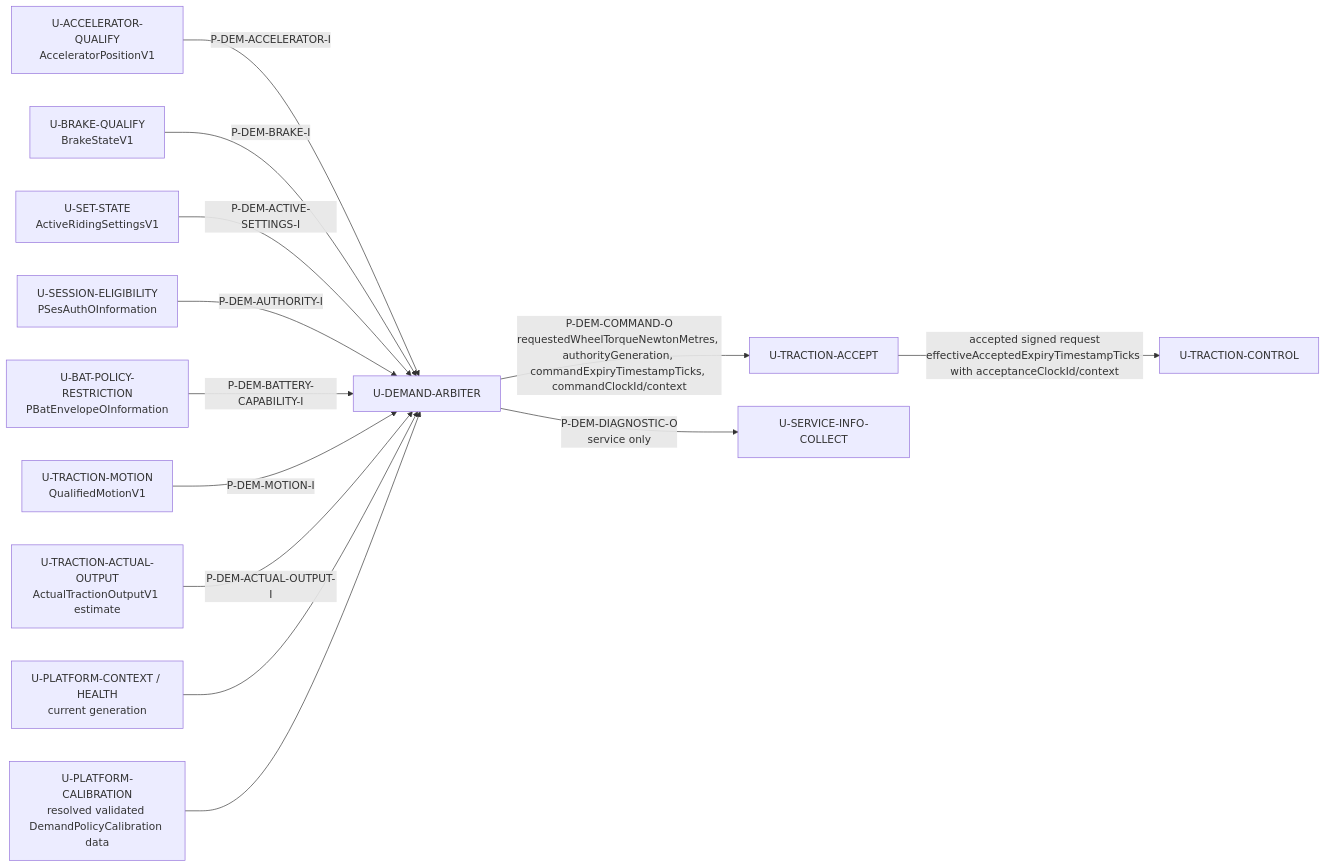
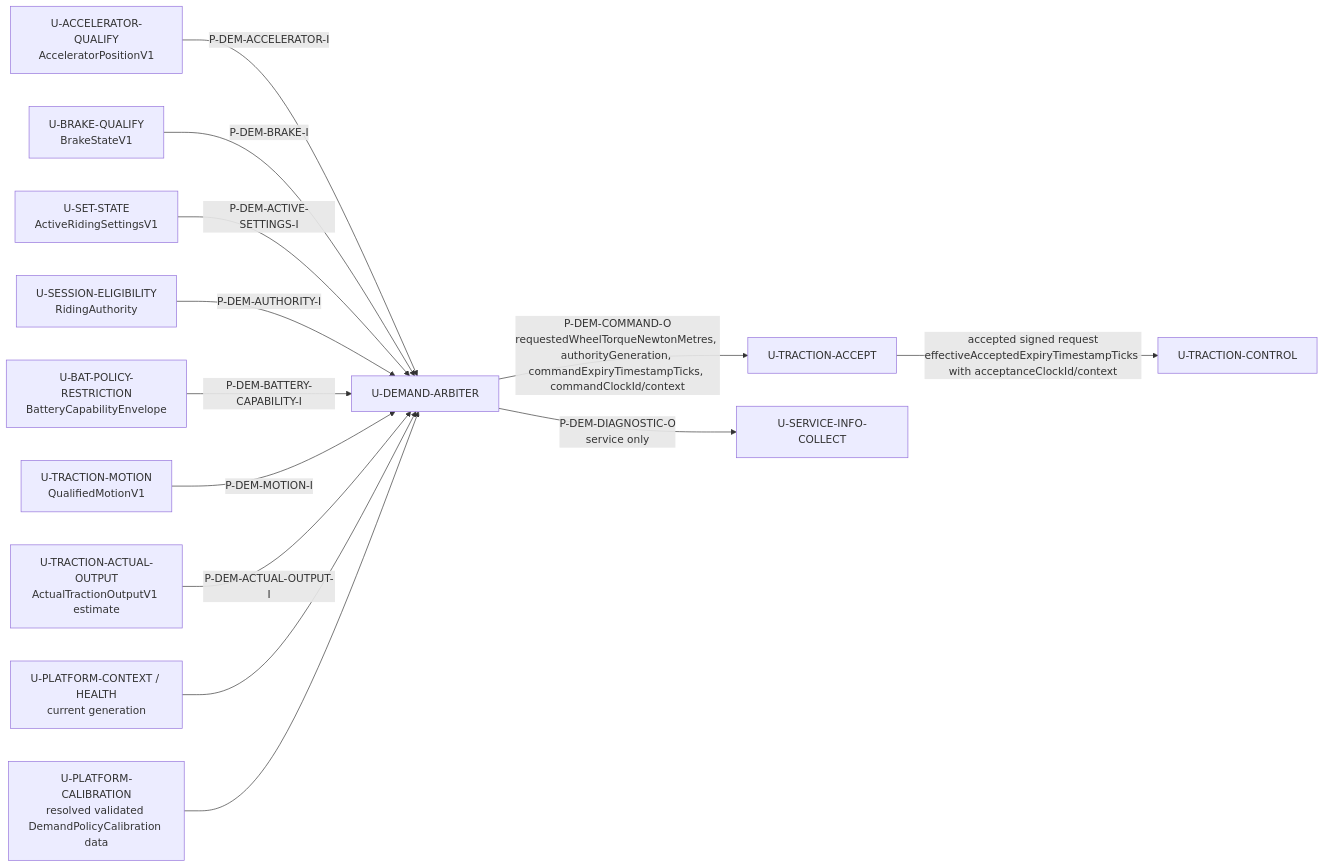
Before and after one commit to dhellhake/X2CityMCU: the seventh of 8 diagrams in .devenv/Architecture/DetailedDesign/DD-003_Static_Software_Architecture_Views.md, drawn with Mermaid. The commit also changed other lines of this file and 76 other files, not shown here.

````diff
--- a/.devenv/Architecture/DetailedDesign/DD-003_Static_Software_Architecture_Views.md
+++ b/.devenv/Architecture/DetailedDesign/DD-003_Static_Software_Architecture_Views.md
@@ -161,15 +161,15 @@
 ```mermaid
 flowchart LR
     ACC[U-ACCELERATOR-QUALIFY\nAcceleratorPositionV1] -->|P-DEM-ACCELERATOR-I| D[U-DEMAND-ARBITER]
     BRK[U-BRAKE-QUALIFY\nBrakeStateV1] -->|P-DEM-BRAKE-I| D
     SET[U-SET-STATE\nActiveRidingSettingsV1] -->|P-DEM-ACTIVE-SETTINGS-I| D
-    SES[U-SESSION-ELIGIBILITY\nPSesAuthOInformation] -->|P-DEM-AUTHORITY-I| D
-    BAT[U-BAT-POLICY-RESTRICTION\nPBatEnvelopeOInformation] -->|P-DEM-BATTERY-CAPABILITY-I| D
+    SES["U-SESSION-ELIGIBILITY<br/>RidingAuthority"] -->|P-DEM-AUTHORITY-I| D
+    BAT["U-BAT-POLICY-RESTRICTION<br/>BatteryCapabilityEnvelope"] -->|P-DEM-BATTERY-CAPABILITY-I| D
     MOT[U-TRACTION-MOTION\nQualifiedMotionV1] -->|P-DEM-MOTION-I| D
     OUT[U-TRACTION-ACTUAL-OUTPUT\nActualTractionOutputV1 estimate] -->|P-DEM-ACTUAL-OUTPUT-I| D
     PLT[U-PLATFORM-CONTEXT / HEALTH\ncurrent generation] --> D
     CAL[U-PLATFORM-CALIBRATION\nresolved validated DemandPolicyCalibration data] --> D
-    D -->|P-DEM-COMMAND-O\nrequestedWheelTorqueNewtonMetres, authorityGeneration, commandExpiryTimestampTicks, commandClockId/context| TA[U-TRACTION-ACCEPT]
+    D -->|"P-DEM-COMMAND-O<br/>requestedWheelTorqueNewtonMetres, authorityGeneration, commandExpiryTimestampTicks, commandClockId/context"| TA[U-TRACTION-ACCEPT]
     TA -->|accepted signed request\neffectiveAcceptedExpiryTimestampTicks with acceptanceClockId/context| TC[U-TRACTION-CONTROL]
     D -->|P-DEM-DIAGNOSTIC-O\nservice only| SI[U-SERVICE-INFO-COLLECT]
 ```
````
